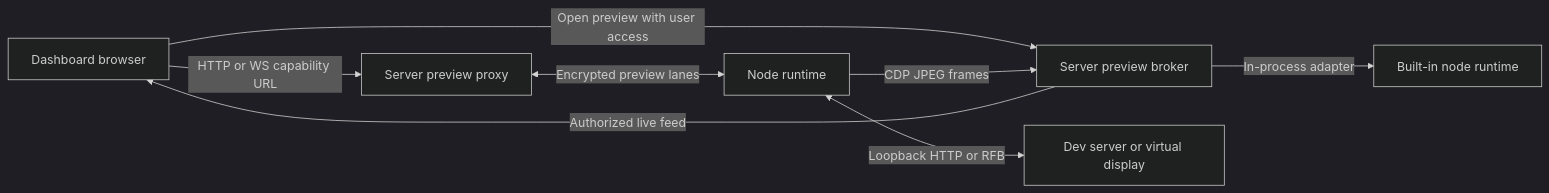
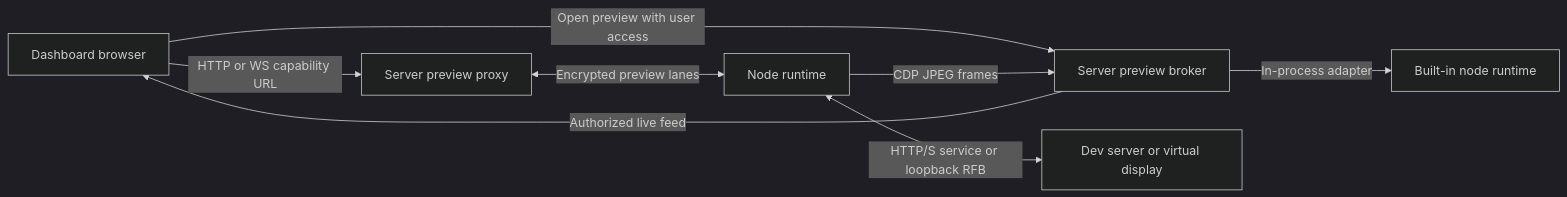
The second of 2 diagrams in apps/docs/content/docs/concepts/architecture.mdx (subshell-ai/subshell), drawn with Mermaid (dark theme) before and after one commit. The commit also changed other lines of this file and 46 other files, not shown here.

````diff
--- a/apps/docs/content/docs/concepts/architecture.mdx
+++ b/apps/docs/content/docs/concepts/architecture.mdx
@@ -53,11 +53,11 @@
 ```mermaid
-%% The dashboard authenticates to the server. App HTTP and WebSocket traffic use a capability URL and a loopback tunnel; CDP JPEG frames return through the authorized live feed. The built-in node uses the same runtime in process.
+%% The dashboard authenticates to the server. App HTTP and WebSocket traffic use a capability URL and a node-side tunnel; CDP JPEG frames return through the authorized live feed. The built-in node uses the same runtime in process.
 flowchart LR
   B[Dashboard browser] -->|Open preview with user access| S[Server preview broker]
   B -->|HTTP or WS capability URL| P[Server preview proxy]
   P <-->|Encrypted preview lanes| N[Node runtime]
-  N <-->|Loopback HTTP or RFB| A[Dev server or virtual display]
+  N <-->|HTTP/S service or loopback RFB| A[Dev server or virtual display]
   N -->|CDP JPEG frames| S
   S -->|Authorized live feed| B
   S -->|In-process adapter| L[Built-in node runtime]
 ```
````
